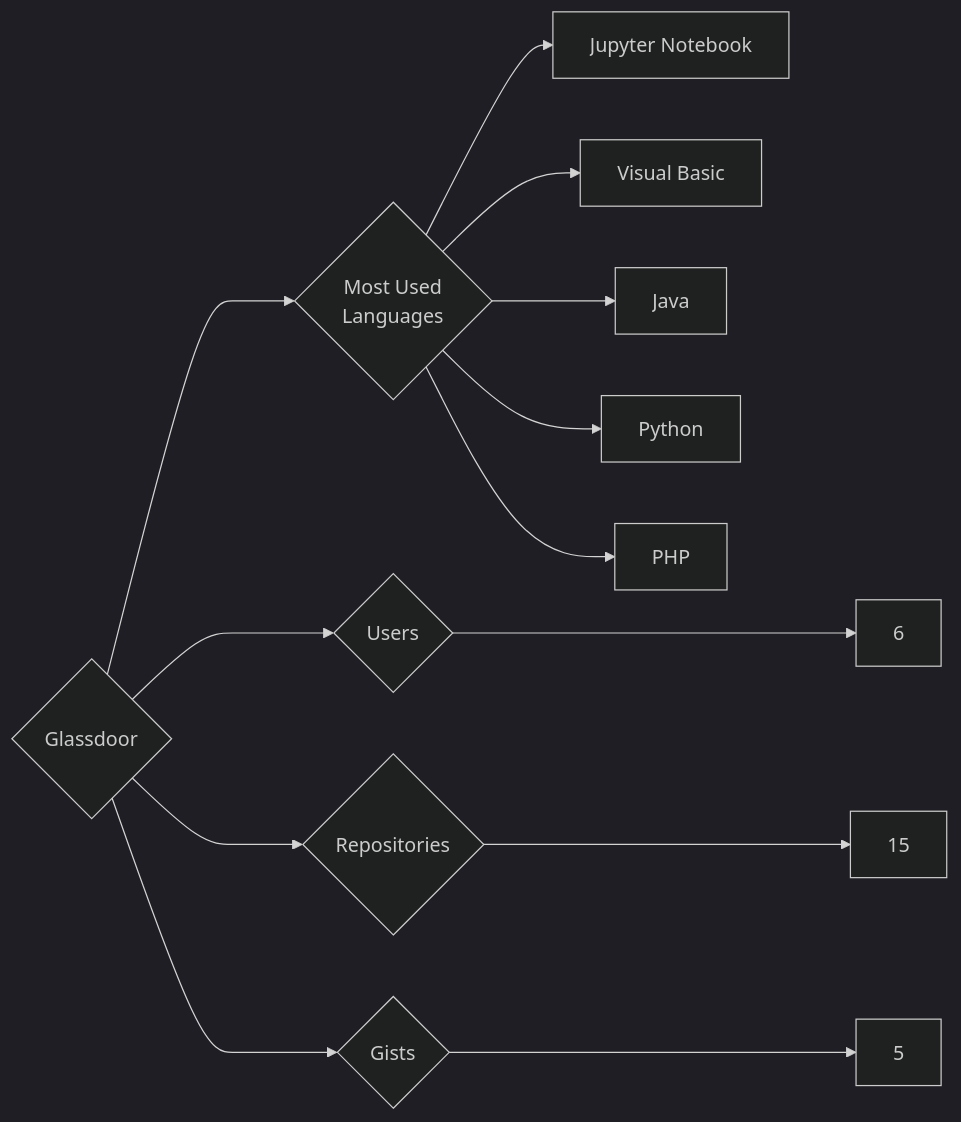
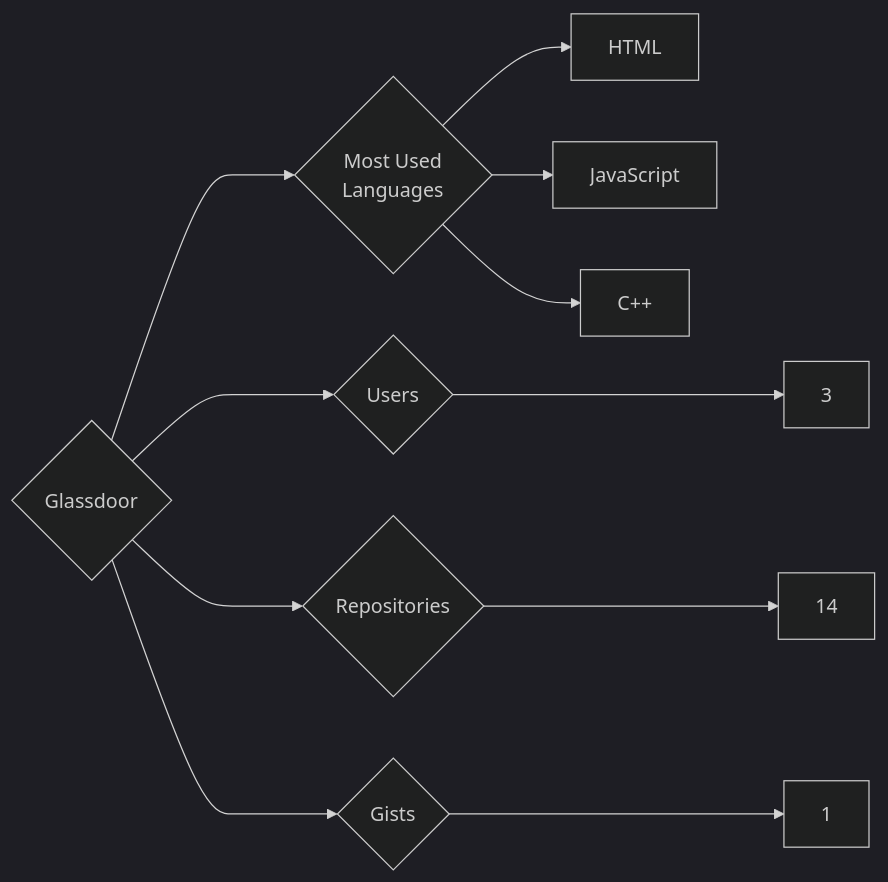
One commit to trickest/insiders changed the diagram in targets/Glassdoor/README.md. Above: the diagram before and after it, drawn with Mermaid (dark theme). The commit also changed 1123 other files, not shown here.

````diff
--- a/targets/Glassdoor/README.md
+++ b/targets/Glassdoor/README.md
@@ -3,13 +3,11 @@
 ```mermaid
 graph LR
 COMPANY_NAME{Glassdoor}
-COMPANY_NAME ---> U{Users} ---> UN[6]
-COMPANY_NAME ---> R{Repositories} ---> RN[15]
-COMPANY_NAME ---> G{Gists} ---> GN[5]
+COMPANY_NAME ---> U{Users} ---> UN[3]
+COMPANY_NAME ---> R{Repositories} ---> RN[14]
+COMPANY_NAME ---> G{Gists} ---> GN[1]
 COMPANY_NAME ---> ML{Most Used<br>Languages}
-ML --> Jupyter_Notebook[Jupyter Notebook]
-ML --> Visual_Basic[Visual Basic]
-ML --> Java[Java]
-ML --> Python[Python]
-ML --> PHP[PHP]
+ML --> HTML[HTML]
+ML --> JavaScript[JavaScript]
+ML --> C++[C++]
 ```
````
